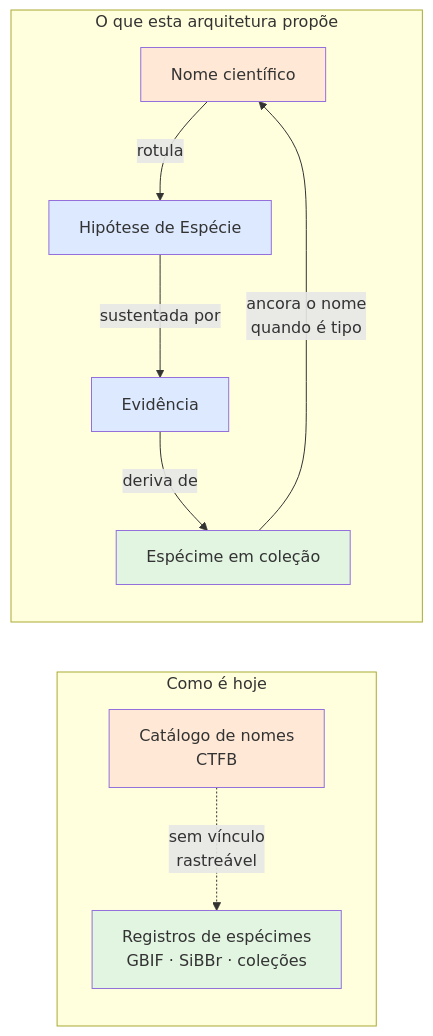
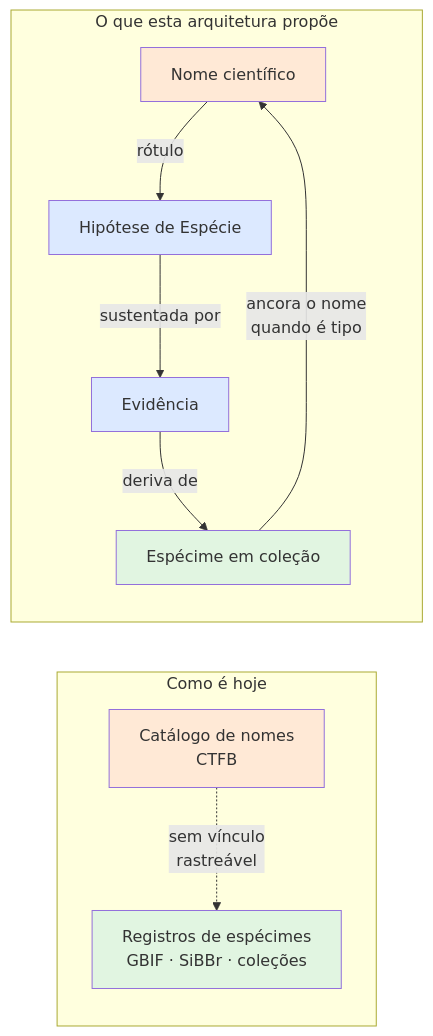
Before and after one commit to edalcin/faunabr: the first of 3 diagrams in README.md, drawn with Mermaid. The commit also changed other lines of this file, not shown here.

Commit message:
docs: fix typo and adjust context diagram orientation

````diff
--- a/README.md
+++ b/README.md
@@ -16,26 +16,26 @@
 ```mermaid
 graph LR
     subgraph Hoje["Como é hoje"]
         A["Catálogo de nomes<br/>CTFB"]
         B["Registros de espécimes<br/>GBIF · SiBBr · coleções"]
         A -.->|"sem vínculo<br/>rastreável"| B
     end
 
     subgraph Proposto["O que esta arquitetura propõe"]
         C["Nome científico"]
         D["Hipótese de Espécie"]
         E["Evidência"]
         F["Espécime em coleção"]
-        C -->|"rotula"| D
+        C -->|"rótulo"| D
         D -->|"sustentada por"| E
         E -->|"deriva de"| F
         F -->|"ancora o nome<br/>quando é tipo"| C
     end
 
     style A fill:#ffe9d6
     style B fill:#e1f5e1
     style C fill:#ffe9d6
     style D fill:#dce9ff
     style E fill:#dce9ff
     style F fill:#e1f5e1
 ```
````
